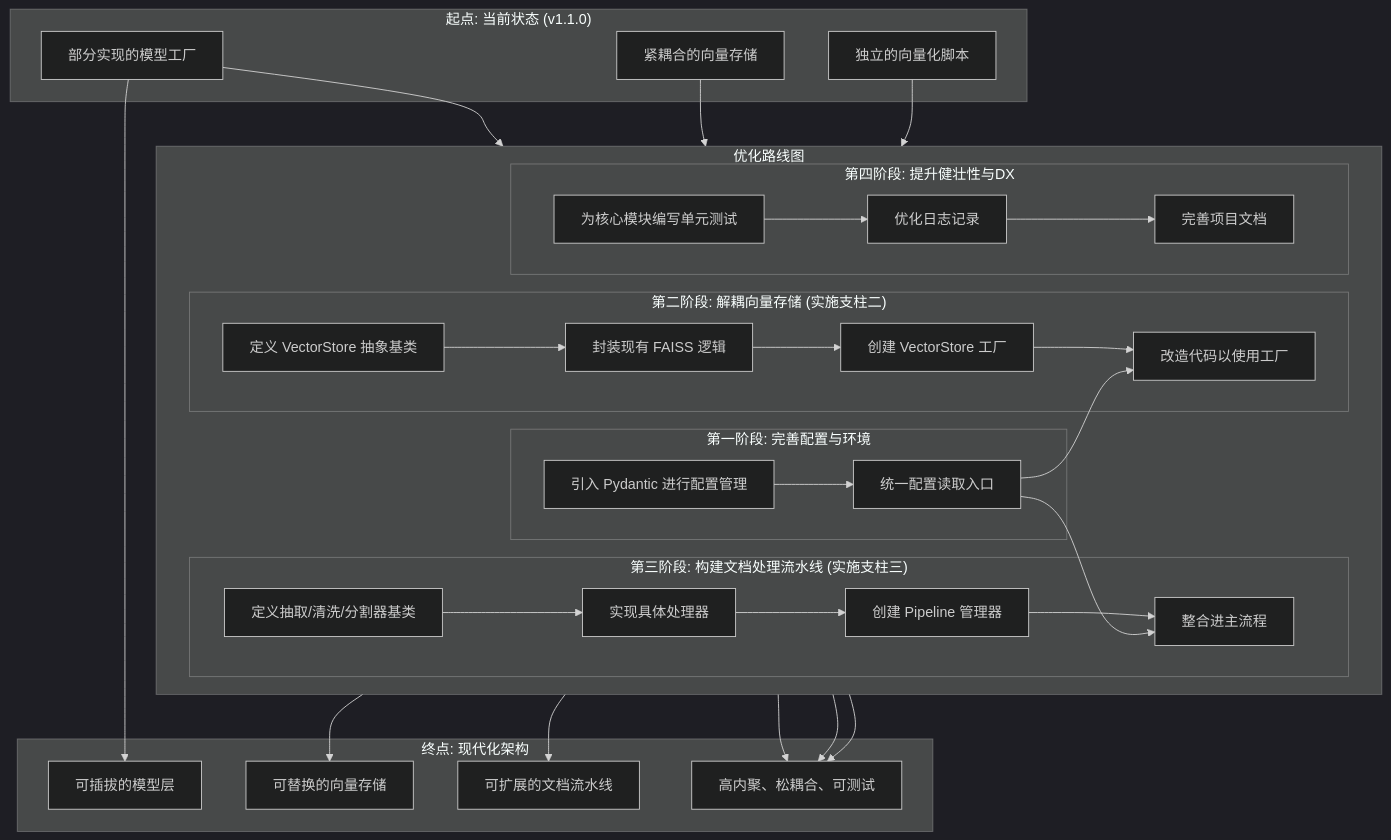
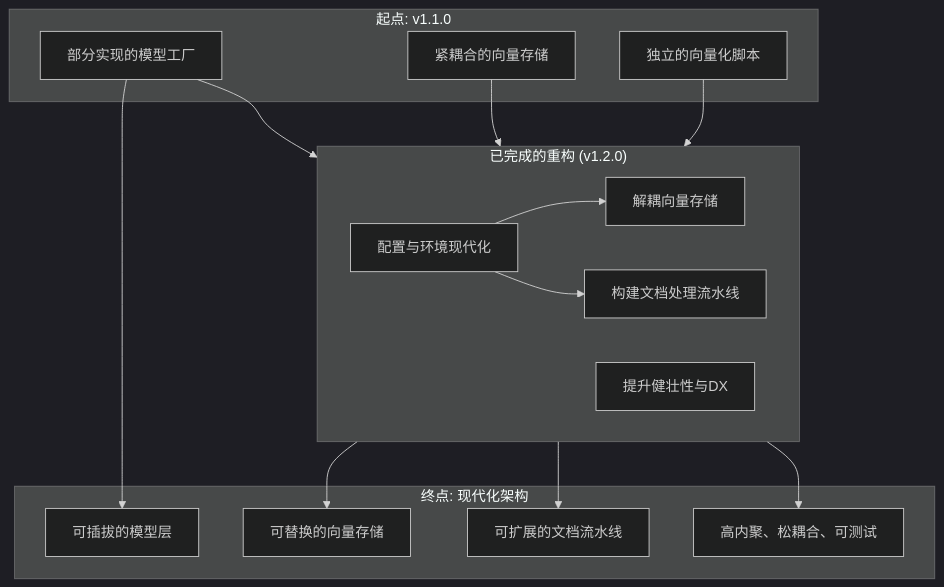
Before and after one commit to MisonL/PyRAG-Kit: the diagram in docs/REFACTORING_PLAN.md, drawn with Mermaid (dark theme). The commit also changed other lines of this file and 2 other files, not shown here.

Commit message:
feat: 更新版本号至 1.2.0，并完善更新日志和重构计划文档

````diff
--- a/docs/REFACTORING_PLAN.md
+++ b/docs/REFACTORING_PLAN.md
@@ -24,43 +24,32 @@
 ```mermaid
 graph TD
-    subgraph "起点: 当前状态 (v1.1.0)"
+    subgraph "起点: v1.1.0"
         A[部分实现的模型工厂]
         B[紧耦合的向量存储]
         C[独立的向量化脚本]
     end
 
-    subgraph "优化路线图"
+    subgraph "已完成的重构 (v1.2.0)"
         direction LR
-        subgraph "第一阶段: 完善配置与环境"
-            P1_1[引入 Pydantic 进行配置管理] --> P1_2[统一配置读取入口]
-        end
-
-        subgraph "第二阶段: 解耦向量存储 (实施支柱二)"
-            P2_1[定义 VectorStore 抽象基类] --> P2_2[封装现有 FAISS 逻辑] --> P2_3[创建 VectorStore 工厂] --> P2_4[改造代码以使用工厂]
-        end
-
-        subgraph "第三阶段: 构建文档处理流水线 (实施支柱三)"
-            P3_1[定义抽取/清洗/分割器基类] --> P3_2[实现具体处理器] --> P3_3[创建 Pipeline 管理器] --> P3_4[整合进主流程]
-        end
-
-        subgraph "第四阶段: 提升健壮性与DX"
-            P4_1[为核心模块编写单元测试] --> P4_2[优化日志记录] --> P4_3[完善项目文档]
-        end
+        P1[配置与环境现代化]
+        P2[解耦向量存储]
+        P3[构建文档处理流水线]
+        P4[提升健壮性与DX]
     end
 
     subgraph "终点: 现代化架构"
         Z1[可插拔的模型层]
         Z2[可替换的向量存储]
         Z3[可扩展的文档流水线]
         Z4[高内聚、松耦合、可测试]
     end
 
-    A --> P1_1
-    B --> P2_1
-    C --> P3_1
-    P1_2 --> P2_4 & P3_4
-    P2_4 --> Z2
-    P3_4 --> Z3
+    A --> P1
+    B --> P2
+    C --> P3
+    P1 --> P2 & P3
+    P2 --> Z2
+    P3 --> Z3
     A --> Z1
-    P4_1 & P4_2 & P4_3 --> Z4
+    P4 --> Z4
 ```
````
